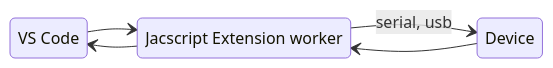
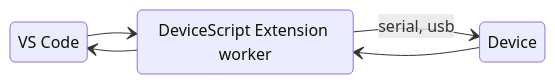
One commit to microsoft/devicescript changed the second of 2 diagrams in website/docs/DeveloperExperience/architecture.md. Above: the diagram before and after it, drawn with Mermaid. The commit also changed other lines of this file and 3 other files, not shown here.

````diff
--- a/website/docs/DeveloperExperience/architecture.md
+++ b/website/docs/DeveloperExperience/architecture.md
@@ -33,11 +33,11 @@
 ```mermaid
 stateDiagram-v2
     direction LR
     code: VS Code
-    ext: Jacscript Extension worker
+    ext: DeviceScript Extension worker
     dev: Device
     code --> ext
     ext --> code
     ext --> dev: serial, usb
     dev --> ext
 ```
````
